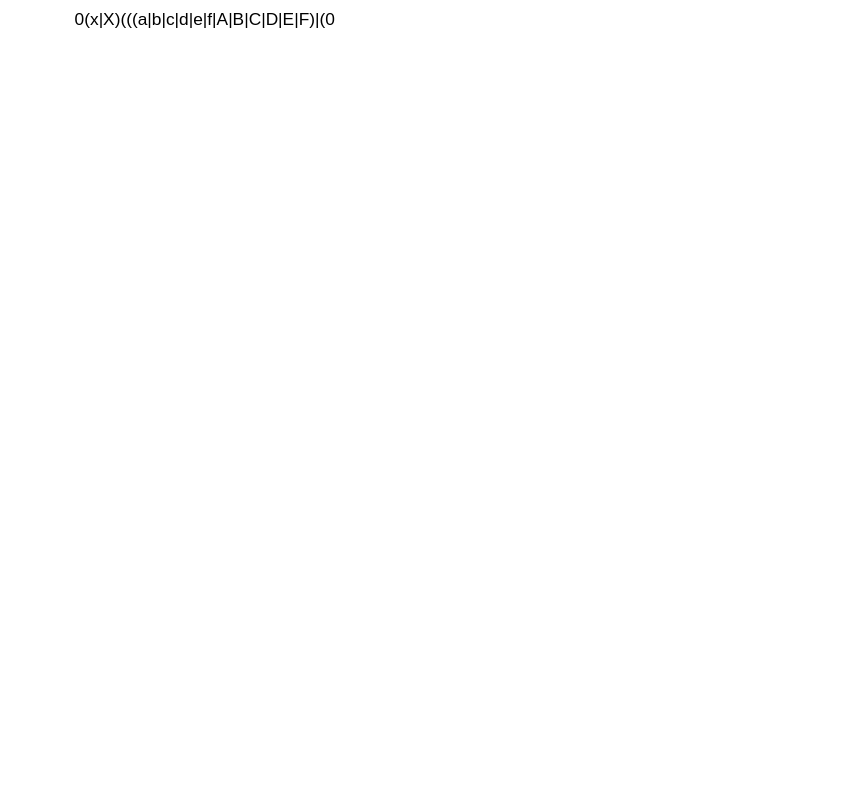
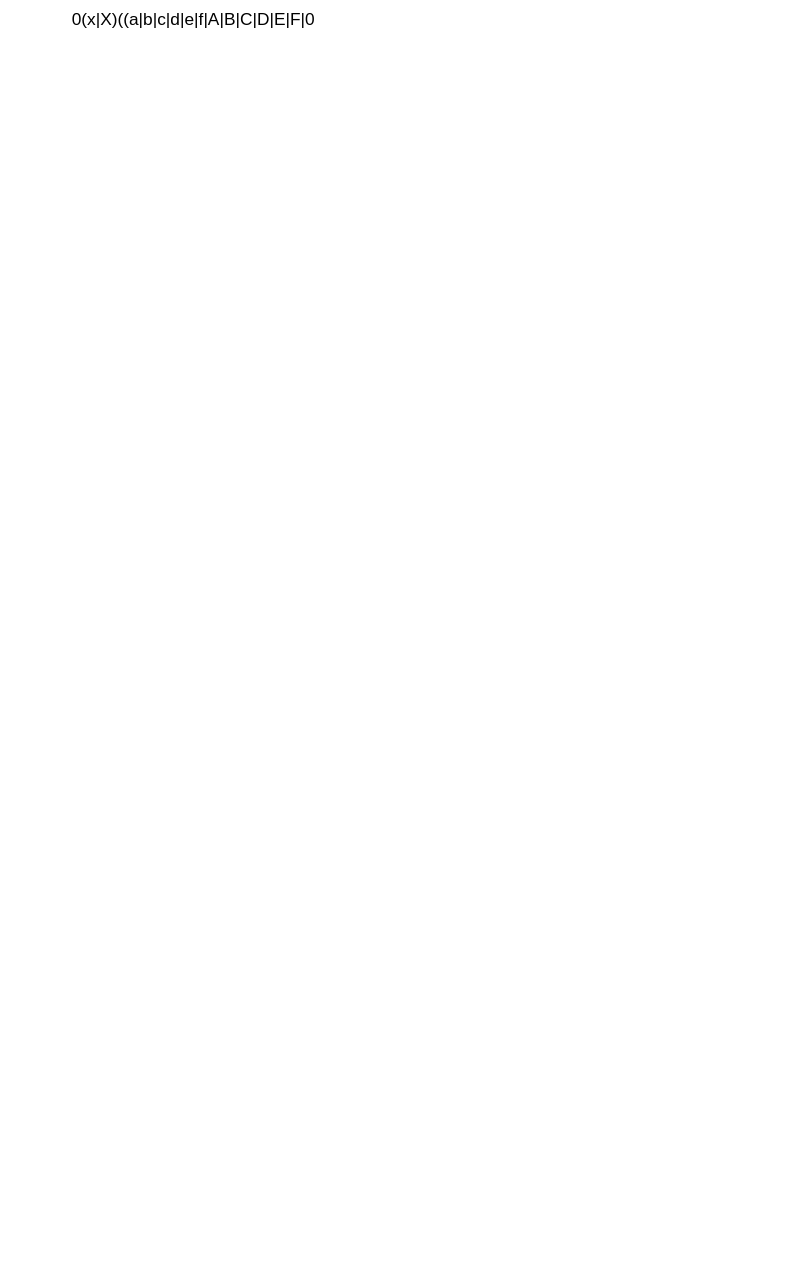
One commit to jorbDehmel/regex-to-dfa changed the diagram in regex_dots/11.dot. Above: the diagram before and after it, drawn with Graphviz. The commit also changed 8 other files, not shown here.

```diff
--- a/regex_dots/11.dot
+++ b/regex_dots/11.dot
@@ -1,45 +1,63 @@
 digraph tokex {
 	labelloc="t";
-	label="0(x|X)(((a|b|c|d|e|f|A|B|C|D|E|F)|(0|1|2|3|4|5|6|7|8|9))+')*((a|b|c|d|e|f|A|B|C|D|E|F)|(0|1|2|3|4|5|6|7|8|9))+";
+	label="0(x|X)((a|b|c|d|e|f|A|B|C|D|E|F|0|1|2|3|4|5|6|7|8|9)+')*(a|b|c|d|e|f|A|B|C|D|E|F|0|1|2|3|4|5|6|7|8|9)+";
 	graph [dpi=200];
 	rankdir=LR;
 	fontname="Helvetica";
 	edge [arrowhead=normal,arrowtail=dot];
 	node [shape=circle];
 	# Auto-generated by Tokex.
 
 	q0 [label=""];
 	q1 [label="End"];
 	q2 [label=""];
 	q3 [label="Beg"];
 	q3 -> q2 [label="0"];
 	q2 -> q0 [label="X"];
 	q2 -> q0 [label="x"];
 	q0 -> q1 [label="0"];
+	q0 -> q1 [label="1"];
+	q0 -> q1 [label="2"];
+	q0 -> q1 [label="3"];
+	q0 -> q1 [label="4"];
+	q0 -> q1 [label="5"];
+	q0 -> q1 [label="6"];
+	q0 -> q1 [label="7"];
+	q0 -> q1 [label="8"];
+	q0 -> q1 [label="9"];
 	q0 -> q1 [label="A"];
 	q0 -> q1 [label="B"];
 	q0 -> q1 [label="C"];
 	q0 -> q1 [label="D"];
 	q0 -> q1 [label="E"];
 	q0 -> q1 [label="F"];
 	q0 -> q1 [label="a"];
 	q0 -> q1 [label="b"];
 	q0 -> q1 [label="c"];
 	q0 -> q1 [label="d"];
 	q0 -> q1 [label="e"];
 	q0 -> q1 [label="f"];
 	q1 -> q0 [label="'"];
 	q1 -> q1 [label="0"];
+	q1 -> q1 [label="1"];
+	q1 -> q1 [label="2"];
+	q1 -> q1 [label="3"];
+	q1 -> q1 [label="4"];
+	q1 -> q1 [label="5"];
+	q1 -> q1 [label="6"];
+	q1 -> q1 [label="7"];
+	q1 -> q1 [label="8"];
+	q1 -> q1 [label="9"];
 	q1 -> q1 [label="A"];
 	q1 -> q1 [label="B"];
 	q1 -> q1 [label="C"];
 	q1 -> q1 [label="D"];
 	q1 -> q1 [label="E"];
 	q1 -> q1 [label="F"];
 	q1 -> q1 [label="a"];
 	q1 -> q1 [label="b"];
 	q1 -> q1 [label="c"];
 	q1 -> q1 [label="d"];
 	q1 -> q1 [label="e"];
 	q1 -> q1 [label="f"];
 }
```
